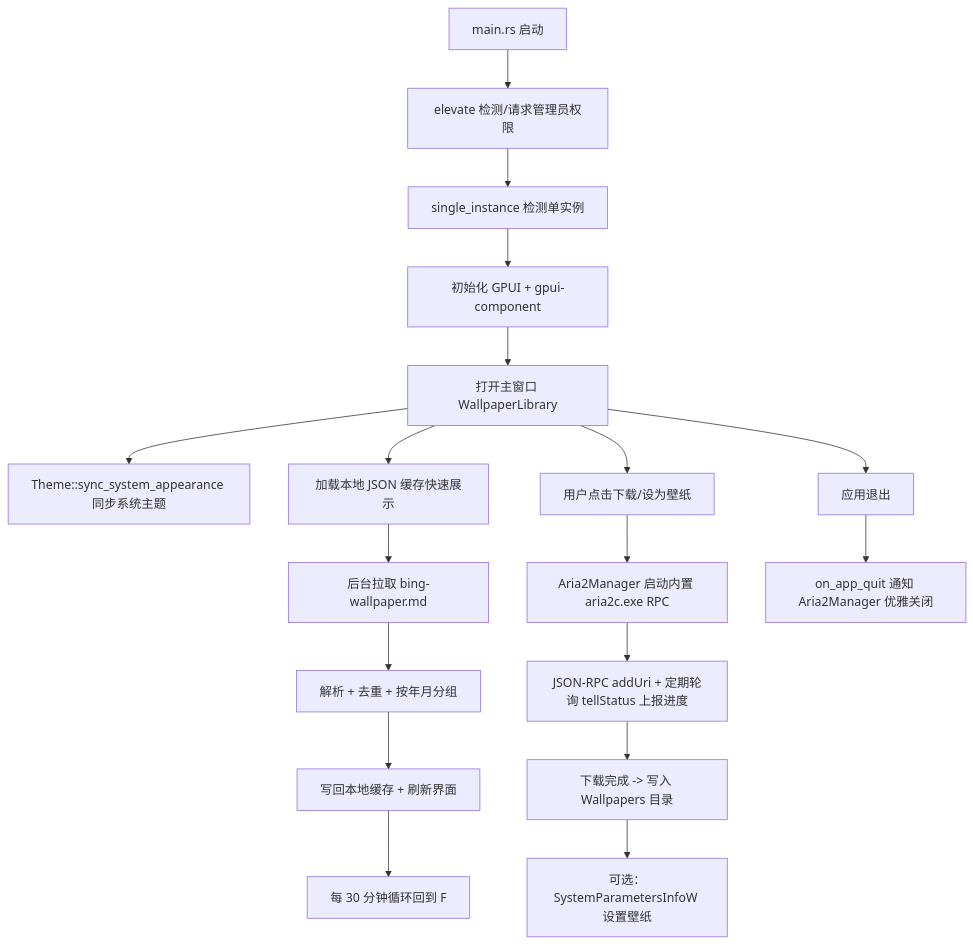
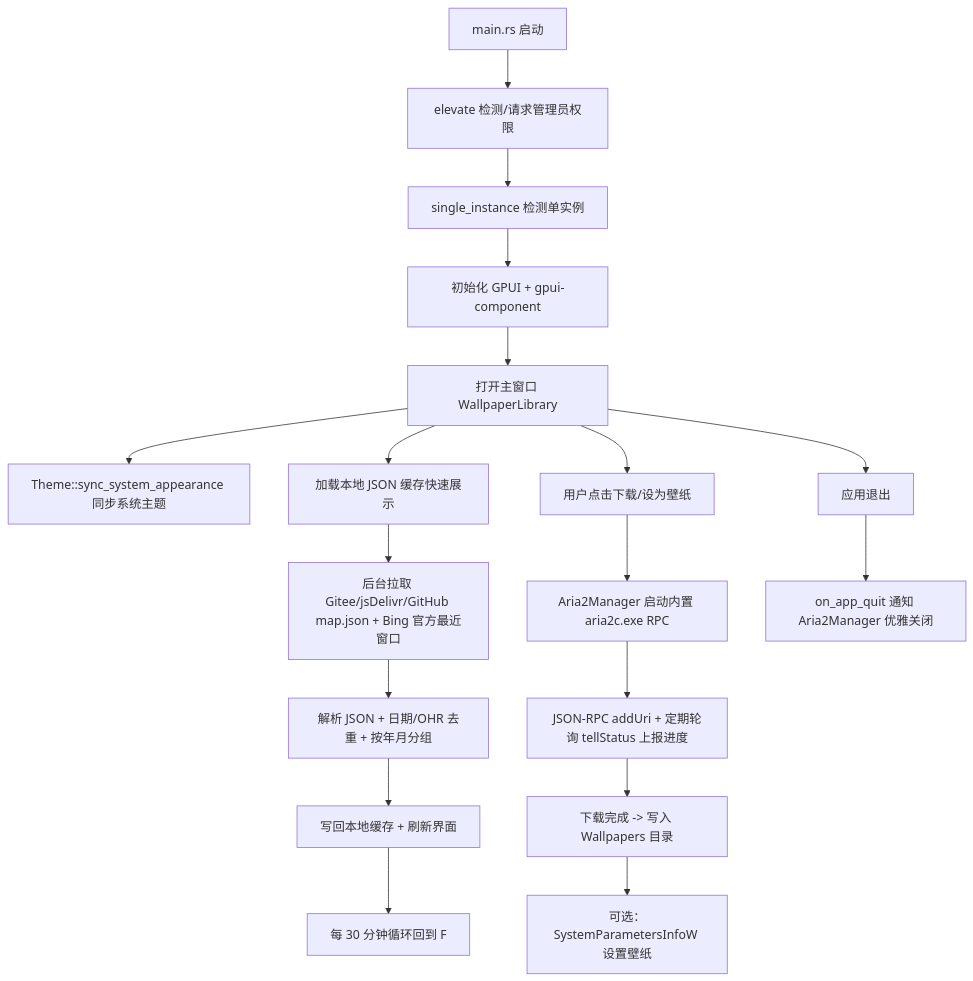
One commit to pandaligx/bing-wallpaper-lib changed the diagram in AGENTS.md. Above: the diagram before and after it, drawn with Mermaid. The commit also changed other lines of this file and 15 other files, not shown here.

````diff
--- a/AGENTS.md
+++ b/AGENTS.md
@@ -101,20 +80,20 @@
 ```mermaid
 flowchart TD
     A[main.rs 启动] --> B[elevate 检测/请求管理员权限]
     B --> B2[single_instance 检测单实例]
     B2 --> C[初始化 GPUI + gpui-component]
     C --> D[打开主窗口 WallpaperLibrary]
     D --> D2[Theme::sync_system_appearance 同步系统主题]
     D --> E[加载本地 JSON 缓存快速展示]
-    E --> F[后台拉取 bing-wallpaper.md]
-    F --> G[解析 + 去重 + 按年月分组]
+    E --> F[后台拉取 Gitee/jsDelivr/GitHub map.json + Bing 官方最近窗口]
+    F --> G[解析 JSON + 日期/OHR 去重 + 按年月分组]
     G --> H[写回本地缓存 + 刷新界面]
     H --> I[每 30 分钟循环回到 F]
     D --> J[用户点击下载/设为壁纸]
     J --> K[Aria2Manager 启动内置 aria2c.exe RPC]
     K --> L[JSON-RPC addUri + 定期轮询 tellStatus 上报进度]
     L --> M[下载完成 -> 写入 Wallpapers 目录]
     M --> N[可选：SystemParametersInfoW 设置壁纸]
     D --> O[应用退出]
     O --> P[on_app_quit 通知 Aria2Manager 优雅关闭]
 ```
````
